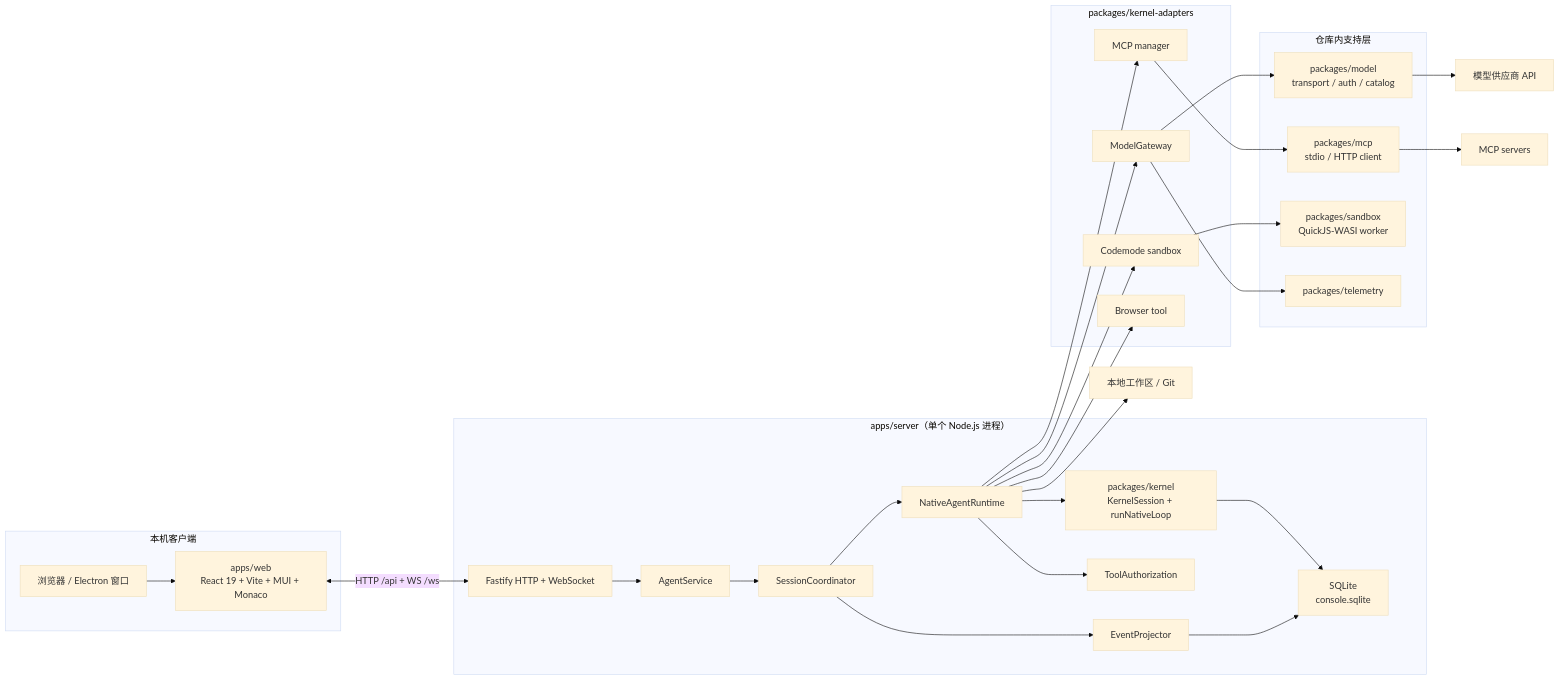
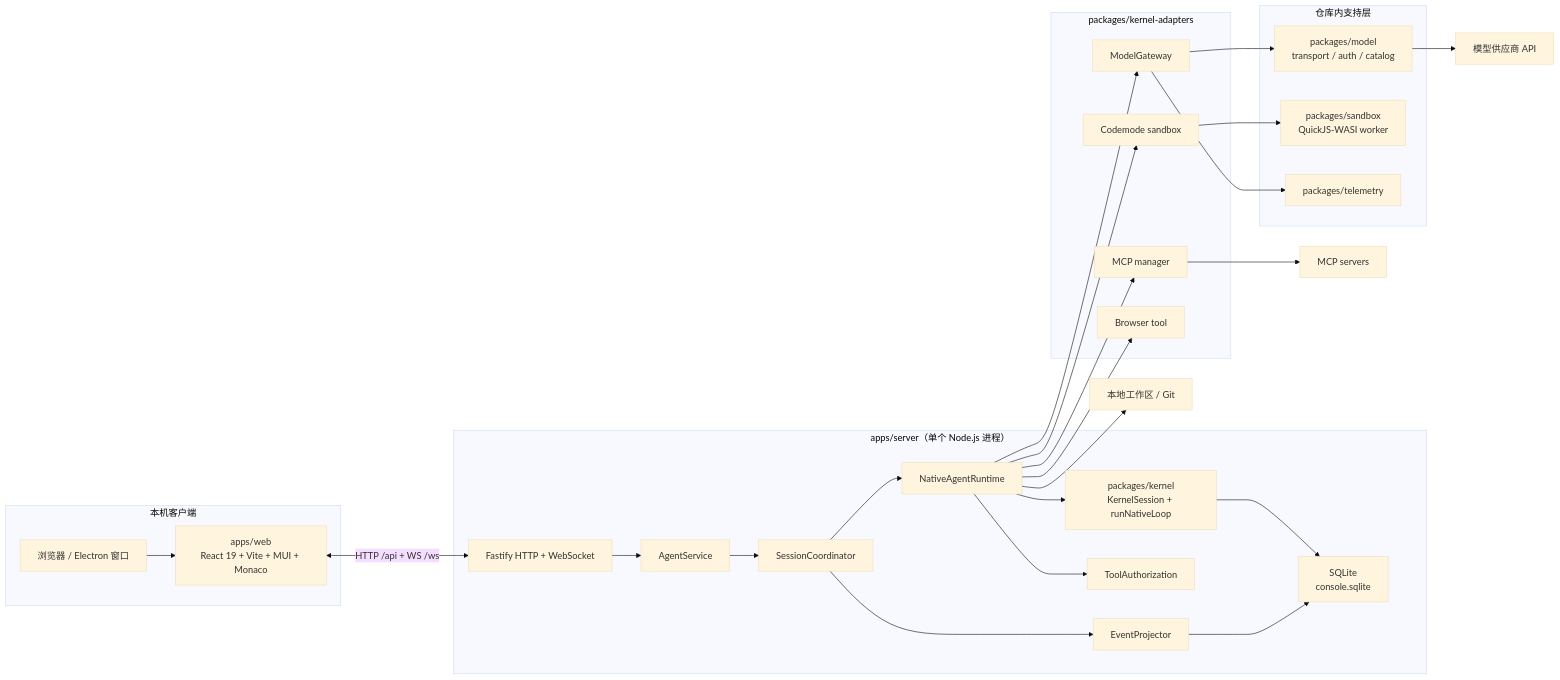
The first of 4 diagrams in docs/ARCHITECTURE.md (bigtinda/allweave-build), drawn with Mermaid (base theme) before and after one commit. The commit also changed other lines of this file and 47 other files, not shown here.

Commit message:
feat(kernel): replace custom MCP client with official SDK

````diff
--- a/docs/ARCHITECTURE.md
+++ b/docs/ARCHITECTURE.md
@@ -19,49 +19,48 @@
 ```mermaid
 flowchart LR
   subgraph Client["本机客户端"]
     Browser["浏览器 / Electron 窗口"]
     Web["apps/web<br/>React 19 + Vite + MUI + Monaco"]
     Browser --> Web
   end
 
   subgraph Server["apps/server（单个 Node.js 进程）"]
     Fastify["Fastify HTTP + WebSocket"]
     Agent["AgentService"]
     Coord["SessionCoordinator"]
     Projector["EventProjector"]
     Approval["ToolAuthorization"]
     Runtime["NativeAgentRuntime"]
     Loop["packages/kernel<br/>KernelSession + runNativeLoop"]
     Store["SQLite<br/>console.sqlite"]
   end
 
   subgraph Adapters["packages/kernel-adapters"]
     Gateway["ModelGateway"]
     MCP["MCP manager"]
     Sandbox["Codemode sandbox"]
     BrowserTool["Browser tool"]
   end
 
   subgraph Support["仓库内支持层"]
     Model["packages/model<br/>transport / auth / catalog"]
-    MCPClient["packages/mcp<br/>stdio / HTTP client"]
     QuickJS["packages/sandbox<br/>QuickJS-WASI worker"]
     Telemetry["packages/telemetry"]
   end
 
   Providers["模型供应商 API"]
   MCPServers["MCP servers"]
   Workspace["本地工作区 / Git"]
 
   Web <-->|"HTTP /api + WS /ws"| Fastify
   Fastify --> Agent --> Coord --> Runtime --> Loop
   Loop --> Store
   Runtime --> Gateway --> Model --> Providers
-  Runtime --> MCP --> MCPClient --> MCPServers
+  Runtime --> MCP --> MCPServers
   Runtime --> Sandbox --> QuickJS
   Runtime --> BrowserTool
   Coord --> Projector --> Store
   Runtime --> Approval
   Runtime --> Workspace
   Gateway --> Telemetry
 ```
````
